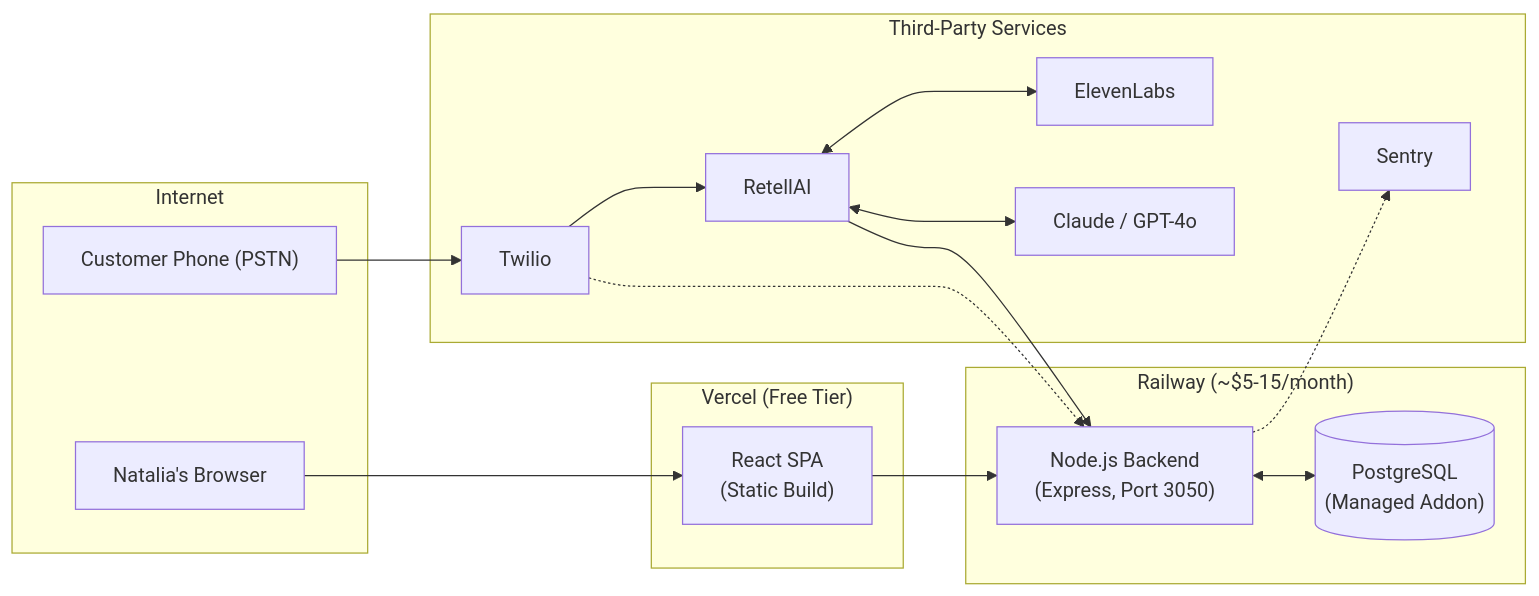
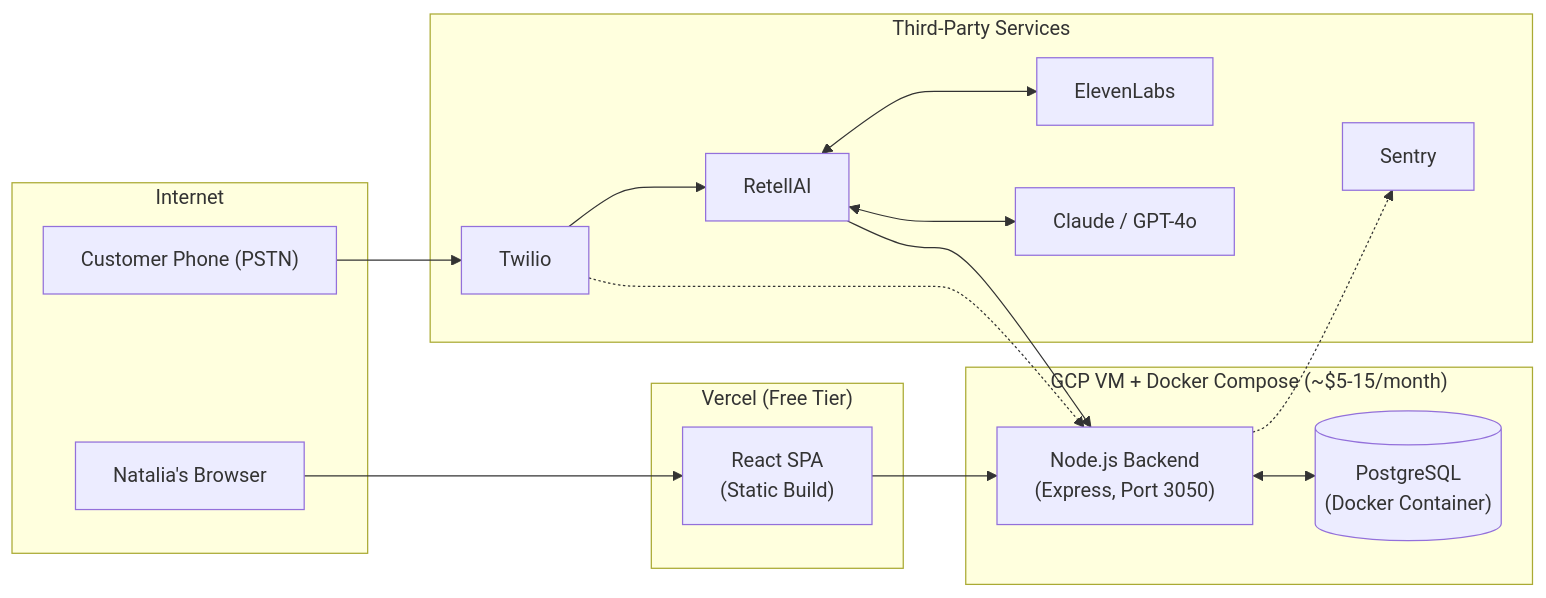
One commit to biteperk/voxtable changed the third of 5 diagrams in apps/backend/docs/architecture_diagram.md. Above: the diagram before and after it, drawn with Mermaid. The commit also changed other lines of this file and 14 other files, not shown here.

````diff
--- a/apps/backend/docs/architecture_diagram.md
+++ b/apps/backend/docs/architecture_diagram.md
@@ -467,33 +467,33 @@
 ```mermaid
 graph LR
     subgraph Internet
         Browser["Natalia's Browser"]
         Phone["Customer Phone (PSTN)"]
     end
 
     subgraph Vercel["Vercel (Free Tier)"]
         FE["React SPA<br/>(Static Build)"]
     end
 
-    subgraph Railway["Railway (~$5-15/month)"]
+    subgraph GCP["GCP VM + Docker Compose (~$5-15/month)"]
         BE["Node.js Backend<br/>(Express, Port 3050)"]
-        PG[("PostgreSQL<br/>(Managed Addon)")]
+        PG[("PostgreSQL<br/>(Docker Container)")]
     end
 
     subgraph Third_Party["Third-Party Services"]
         TW["Twilio"]
         RA["RetellAI"]
         EL["ElevenLabs"]
         LLMX["Claude / GPT-4o"]
         SE["Sentry"]
     end
 
     Phone --> TW --> RA
     RA <--> EL
     RA <--> LLMX
     RA --> BE
     TW -.-> BE
     BE <--> PG
     Browser --> FE --> BE
     BE -.-> SE
 ```
````
